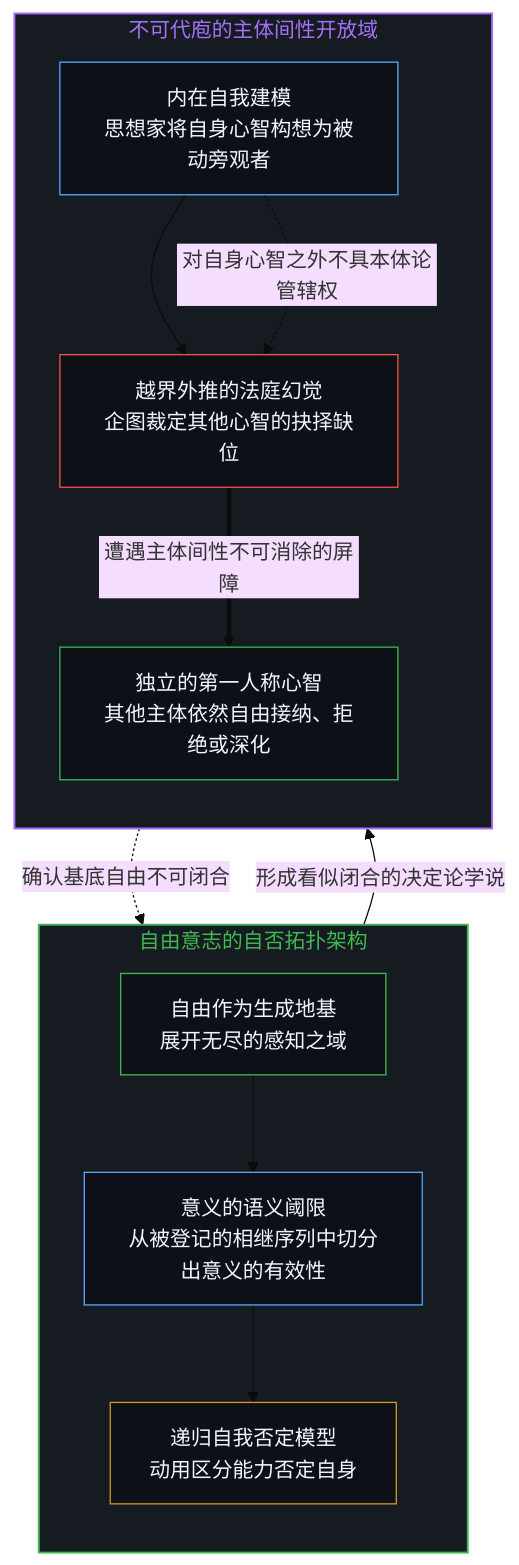
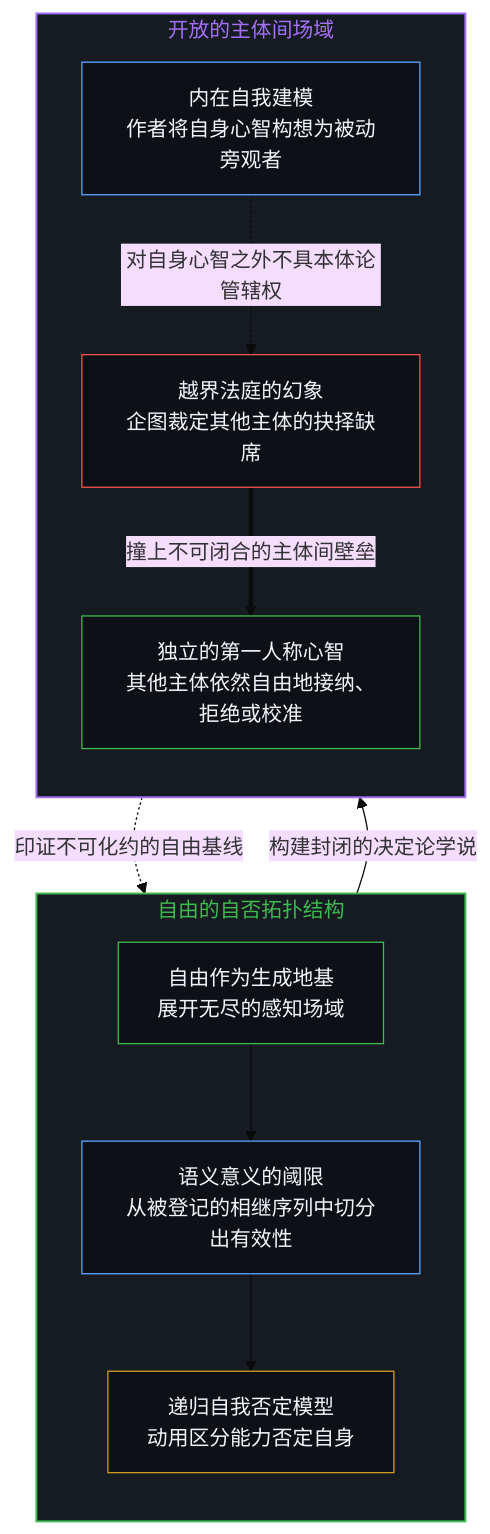
Before and after one commit to powerpig99/not-a-toe: the third of 4 diagrams in content/posts/the-freedom-of-will-to-deny-itself.md, drawn with Mermaid (base theme). The commit also changed other lines of this file and 3 other files, not shown here.

````diff
--- a/content/posts/the-freedom-of-will-to-deny-itself.md
+++ b/content/posts/the-freedom-of-will-to-deny-itself.md
@@ -95,25 +95,26 @@
 ```mermaid
 graph TD
-    subgraph S_SelfDenial ["自由意志的自否拓扑架构"]
+    subgraph S_SelfDenial ["自由的自否拓扑结构"]
         direction TB
-        SD1["自由作为生成地基<br/>展开无尽的感知之域"] --> SD2["意义的语义阈限<br/>从被登记的相继序列中切分出意义的有效性"]
+        SD1["自由作为生成地基<br/>展开无尽的感知场域"] --> SD2["语义意义的阈限<br/>从被登记的相继序列中切分出有效性"]
         SD2 --> SD3["递归自我否定模型<br/>动用区分能力否定自身"]
     end
-    subgraph S_InterSubjective ["不可代庖的主体间性开放域"]
+    subgraph S_InterSubjective ["开放的主体间场域"]
         direction TB
-        IS1["内在自我建模<br/>思想家将自身心智构想为被动旁观者"] --> IS2["越界外推的法庭幻觉<br/>企图裁定其他心智的抉择缺位"]
-        IS3["独立的第一人称心智<br/>其他主体依然自由接纳、拒绝或深化"]
+        IS1["内在自我建模<br/>作者将自身心智构想为被动旁观者"]
+        IS2["越界法庭的幻象<br/>企图裁定其他主体的抉择缺席"]
+        IS3["独立的第一人称心智<br/>其他主体依然自由地接纳、拒绝或校准"]
     end
-    SD3 -->|"形成看似闭合的决定论学说"| IS1
+    SD3 -->|"构建封闭的决定论学说"| IS1
     IS1 -.->|"对自身心智之外不具本体论管辖权"| IS2
-    IS2 ==>|"遭遇主体间性不可消除的屏障"| IS3
-    IS3 -.->|"确认基底自由不可闭合"| SD1
+    IS2 ==>|"撞上不可闭合的主体间壁垒"| IS3
+    IS3 -.->|"印证不可化约的自由基线"| SD1
     style S_SelfDenial fill:#161b22,stroke:#3fb950,stroke-width:1.5px,color:#3fb950
     style S_InterSubjective fill:#161b22,stroke:#a371f7,stroke-width:1.5px,color:#a371f7
     style SD1 fill:#0d1117,stroke:#3fb950,stroke-width:1px,color:#f0f6fc
     style SD2 fill:#0d1117,stroke:#58a6ff,stroke-width:1px,color:#f0f6fc
     style SD3 fill:#0d1117,stroke:#d29922,stroke-width:1px,color:#f0f6fc
     style IS1 fill:#0d1117,stroke:#58a6ff,stroke-width:1px,color:#f0f6fc
     style IS2 fill:#0d1117,stroke:#f85149,stroke-width:1px,color:#f0f6fc
     style IS3 fill:#0d1117,stroke:#3fb950,stroke-width:1px,color:#f0f6fc
 ```
````
